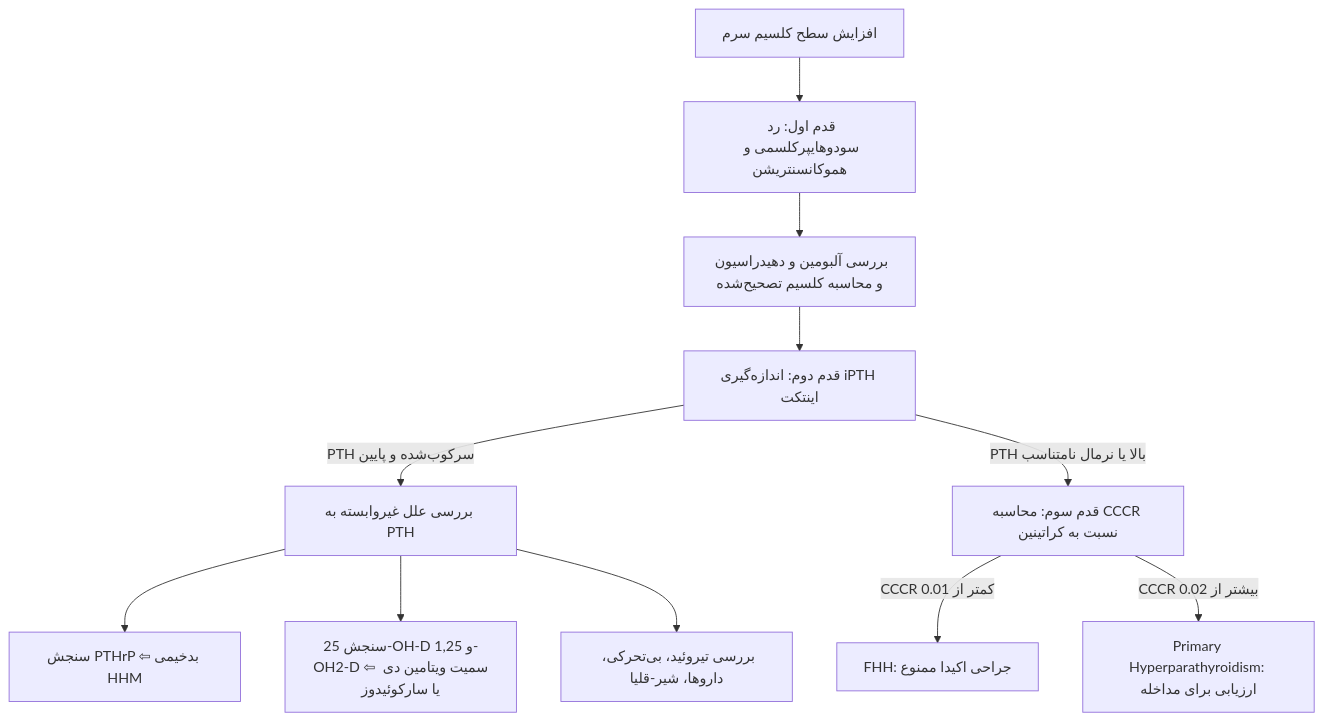
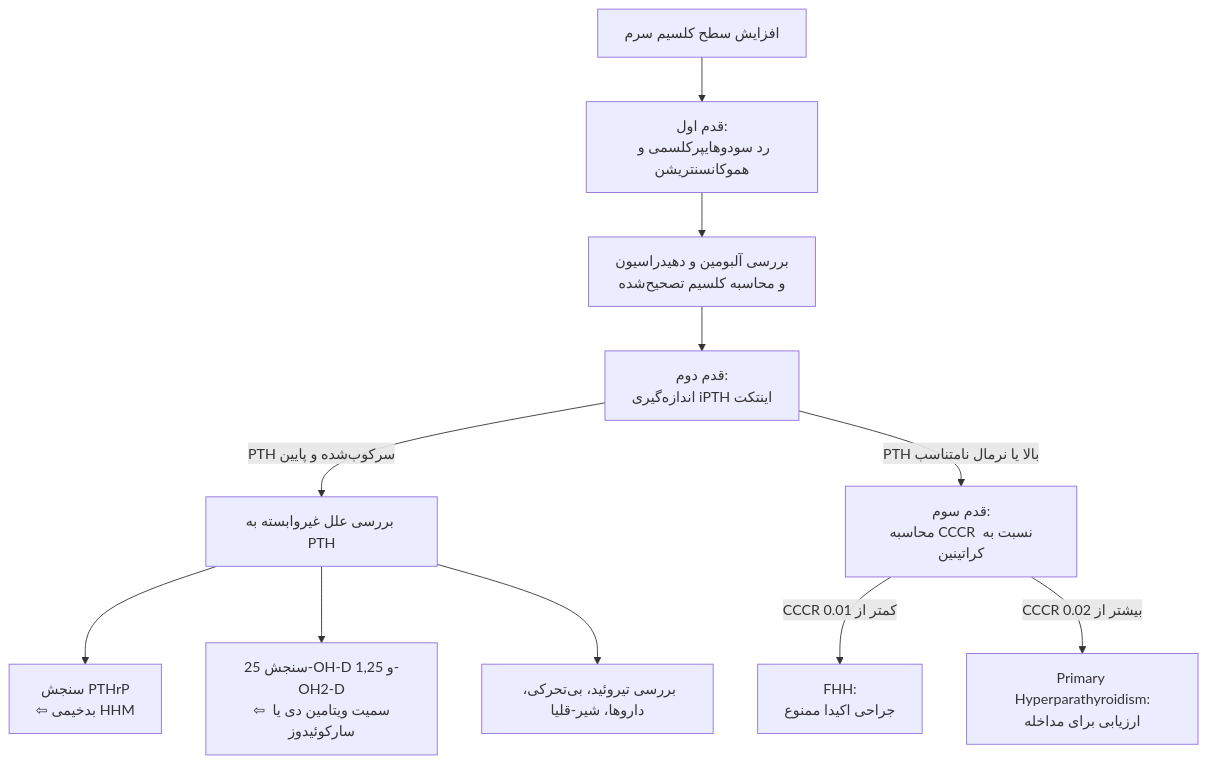
One commit to neopulse-hub/TUMS-1402-1-neo changed the fifth of 5 diagrams in 07/مبانی غدد/اختلالات کلسیم.md. Above: the diagram before and after it, drawn with Mermaid. The commit also changed other lines of this file, not shown here.

Commit message:
Update اختلالات کلسیم.md

````diff
--- a/07/مبانی غدد/اختلالات کلسیم.md
+++ b/07/مبانی غدد/اختلالات کلسیم.md
@@ -209,15 +209,15 @@
 ```mermaid
 flowchart TD
-    CaHigh[افزایش سطح کلسیم سرم] --> Step1[قدم اول: رد سودوهایپرکلسمی و هموکانسنتریشن]
-    Step1 --> CheckAlb[بررسی آلبومین و دهیدراسیون و محاسبه کلسیم تصحیح‌شده]
-    CheckAlb --> TestPTH[قدم دوم: اندازه‌گیری iPTH اینتکت]
+    CaHigh[افزایش سطح کلسیم سرم] --> Step1[قدم اول:<br>رد سودوهایپرکلسمی و هموکانسنتریشن]
+    Step1 --> CheckAlb[بررسی آلبومین و دهیدراسیون<br>و محاسبه کلسیم تصحیح‌شده]
+    CheckAlb --> TestPTH[قدم دوم:<br>اندازه‌گیری iPTH اینتکت]
     
     TestPTH -->|PTH سرکوب‌شده و پایین| MalignancyWorkup[بررسی علل غیروابسته به PTH]
-    MalignancyWorkup --> PTHrP[سنجش PTHrP ⇦ بدخیمی HHM]
-    MalignancyWorkup --> VitD[سنجش 25-OH-D و 1,25-OH2-D ⇦ سمیت ویتامین دی یا سارکوئیدوز]
+    MalignancyWorkup --> PTHrP[سنجش PTHrP<br>⇦ بدخیمی HHM]
+    MalignancyWorkup --> VitD[سنجش 25-OH-D و 1,25-OH2-D<br>⇦ سمیت ویتامین دی یا سارکوئیدوز]
     MalignancyWorkup --> OtherCauses[بررسی تیروئید، بی‌تحرکی، داروها، شیر-قلیا]
 
-    TestPTH -->|PTH بالا یا نرمال نامتناسب| CalcRatio[قدم سوم: محاسبه CCCR نسبت به کراتینین]
-    CalcRatio -->|CCCR کمتر از 0.01| FHHDiagnosis[FHH: جراحی اکیدا ممنوع]
-    CalcRatio -->|CCCR بیشتر از 0.02| PHPTDiagnosis[Primary Hyperparathyroidism: ارزیابی برای مداخله]
+    TestPTH -->|PTH بالا یا نرمال نامتناسب| CalcRatio[قدم سوم:<br>محاسبه CCCR نسبت به کراتینین]
+    CalcRatio -->|CCCR کمتر از 0.01| FHHDiagnosis[FHH:<br>جراحی اکیدا ممنوع]
+    CalcRatio -->|CCCR بیشتر از 0.02| PHPTDiagnosis[Primary Hyperparathyroidism:<br>ارزیابی برای مداخله]
 ```
````
